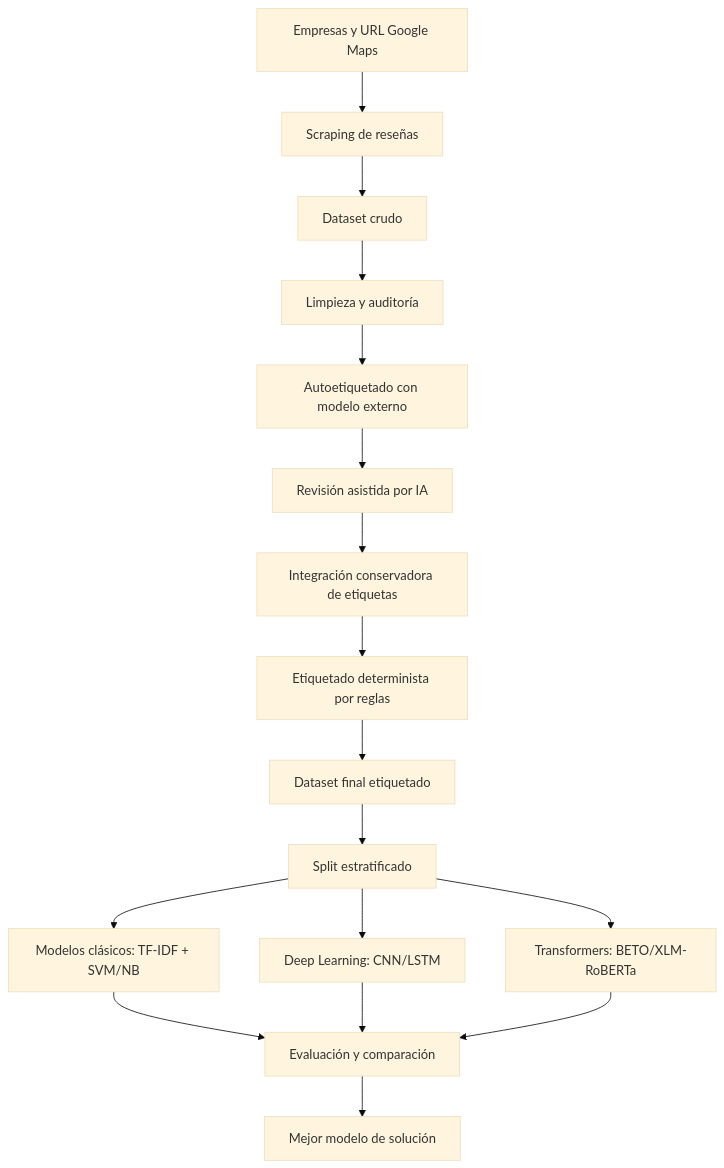
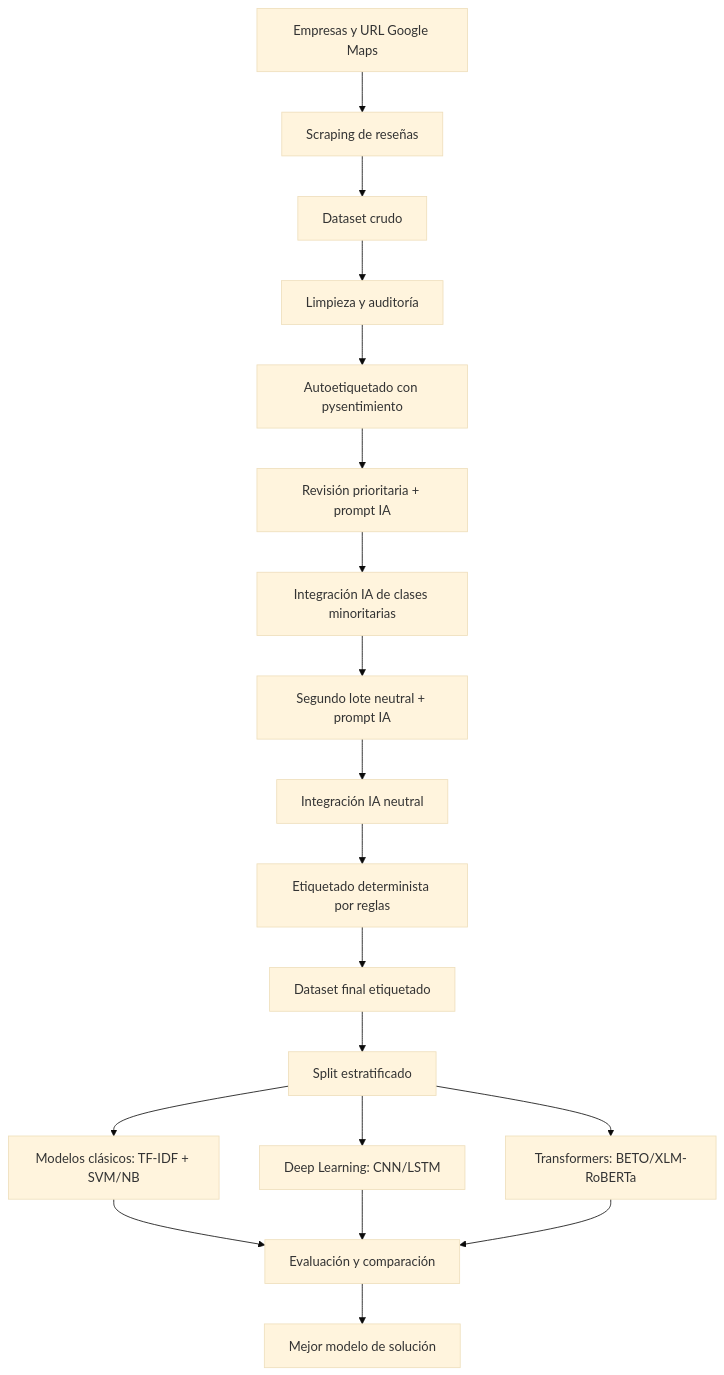
One commit to antorm08/ProyectoMineriaDatos changed the diagram in SECCION_III_IV.md. Above: the diagram before and after it, drawn with Mermaid (base theme). The commit also changed other lines of this file, not shown here.

First line of the commit message:
Use pysentimiento and add IA review pipeline

````diff
--- a/SECCION_III_IV.md
+++ b/SECCION_III_IV.md
@@ -28,19 +28,21 @@
 ```mermaid
 flowchart TD
     A[Empresas y URL Google Maps] --> B[Scraping de reseñas]
     B --> C[Dataset crudo]
     C --> D[Limpieza y auditoría]
-    D --> E[Autoetiquetado con modelo externo]
-    E --> F[Revisión asistida por IA]
-    F --> G[Integración conservadora de etiquetas]
-    G --> H[Etiquetado determinista por reglas]
+    D --> E[Autoetiquetado con pysentimiento]
+    E --> F1[Revisión prioritaria + prompt IA]
+    F1 --> G1[Integración IA de clases minoritarias]
+    G1 --> F2[Segundo lote neutral + prompt IA]
+    F2 --> G2[Integración IA neutral]
+    G2 --> H[Etiquetado determinista por reglas]
     H --> I[Dataset final etiquetado]
     I --> J[Split estratificado]
     J --> K1[Modelos clásicos: TF-IDF + SVM/NB]
     J --> K2[Deep Learning: CNN/LSTM]
     J --> K3[Transformers: BETO/XLM-RoBERTa]
     K1 --> L[Evaluación y comparación]
     K2 --> L
     K3 --> L
     L --> M[Mejor modelo de solución]
 ```
````
